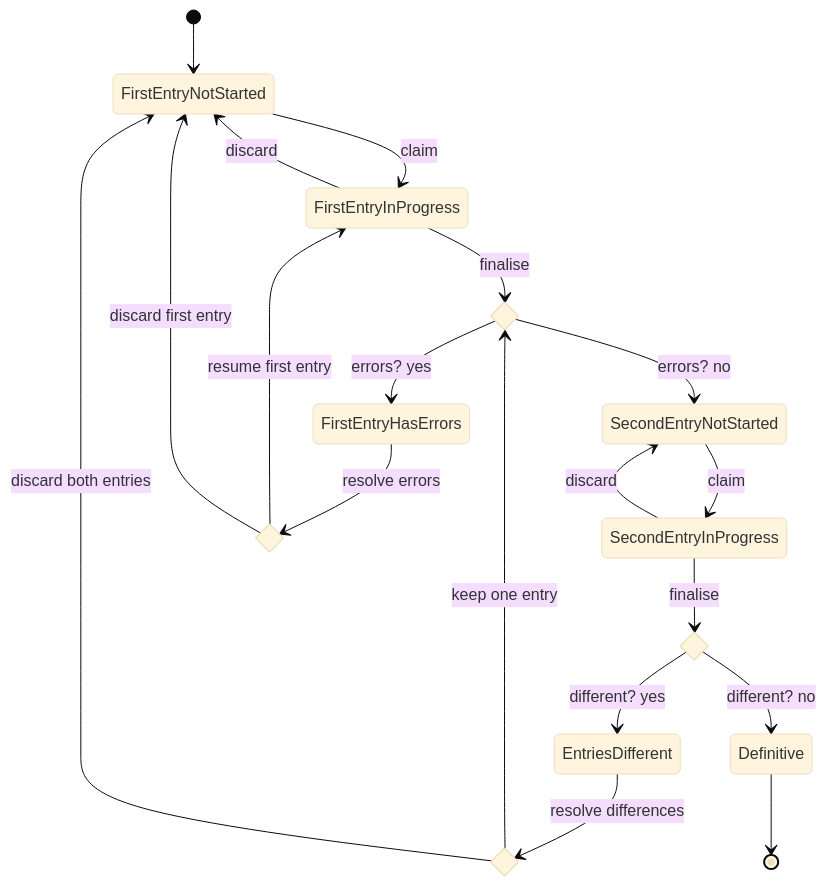
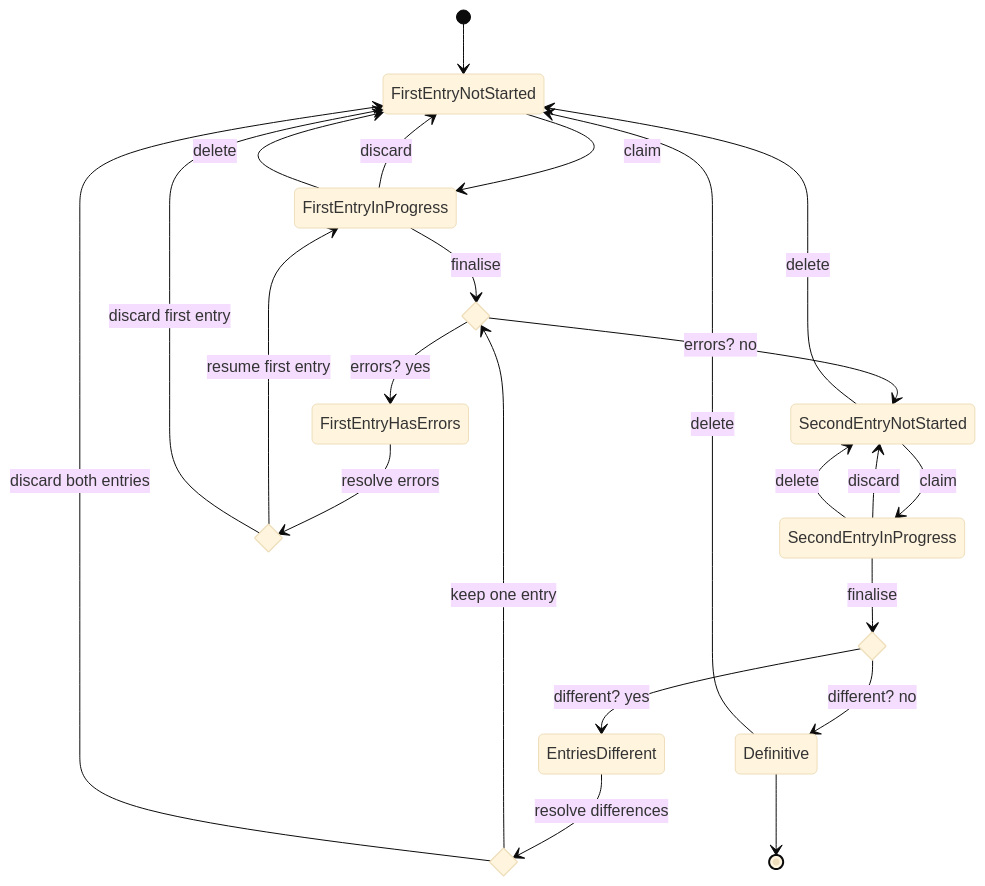
Before and after one commit to kiesraad/abacus: the diagram in documentatie/flowcharts/data-entry-state.md, drawn with Mermaid (base theme). The commit also changed other lines of this file, not shown here.

Commit message:
Updated data entry state flowchart (#2292)

````diff
--- a/documentatie/flowcharts/data-entry-state.md
+++ b/documentatie/flowcharts/data-entry-state.md
@@ -7,34 +7,38 @@
 ```mermaid
 stateDiagram-v2
   [*] --> FirstEntryNotStarted
   FirstEntryNotStarted --> FirstEntryInProgress: claim
   %% FirstEntryInProgress --> FirstEntryInProgress: save
 
   state first_has_errors <<choice>>
   FirstEntryInProgress --> first_has_errors: finalise
   FirstEntryInProgress --> FirstEntryNotStarted: discard
   
   first_has_errors --> SecondEntryNotStarted: errors? no
   first_has_errors --> FirstEntryHasErrors: errors? yes
 
   SecondEntryNotStarted --> SecondEntryInProgress: claim
   %% SecondEntryInProgress --> SecondEntryInProgress: save
   SecondEntryInProgress --> SecondEntryNotStarted: discard
 
   state first_resolve_errors <<choice>>
   FirstEntryHasErrors --> first_resolve_errors: resolve errors
   first_resolve_errors --> FirstEntryInProgress: resume first entry
   first_resolve_errors --> FirstEntryNotStarted: discard first entry
   
   state is_different <<choice>>
   SecondEntryInProgress --> is_different: finalise
   is_different --> EntriesDifferent: different? yes
   is_different --> Definitive: different? no
   
   state resolve <<choice>>
   EntriesDifferent --> resolve: resolve differences
   resolve --> first_has_errors: keep one entry
   resolve --> FirstEntryNotStarted: discard both entries
+    FirstEntryInProgress --> FirstEntryNotStarted: delete
+    SecondEntryNotStarted --> FirstEntryNotStarted: delete
+    SecondEntryInProgress --> SecondEntryNotStarted: delete
+    Definitive --> FirstEntryNotStarted: delete
 
   Definitive --> [*]
 ```
````
